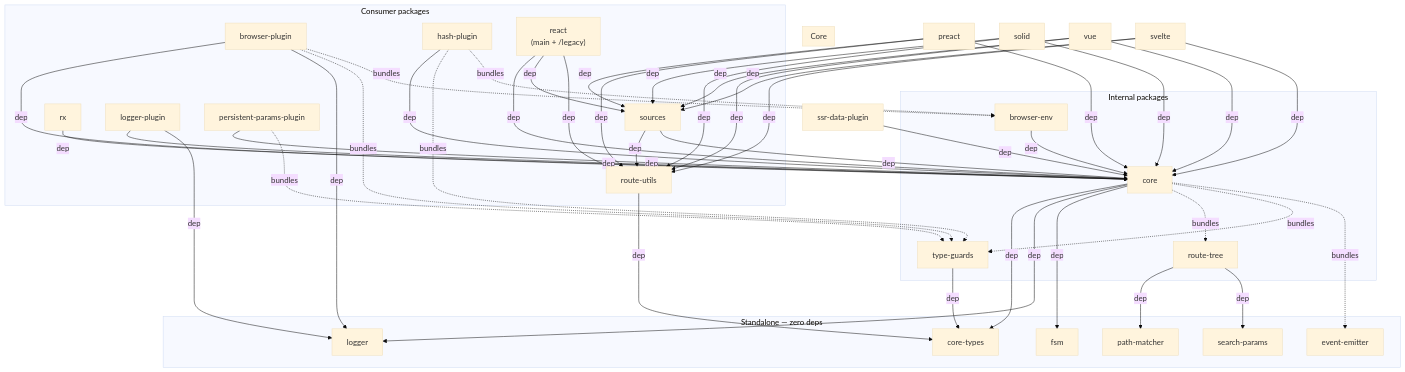
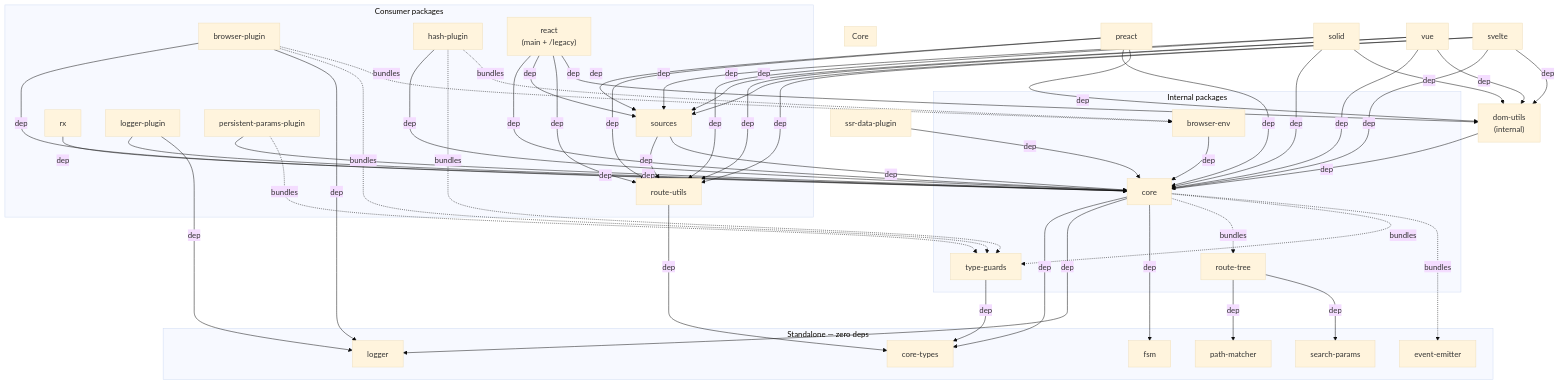
One commit to greydragon888/real-router changed the first of 3 diagrams in ARCHITECTURE.md. Above: the diagram before and after it, drawn with Mermaid (base theme). The commit also changed other lines of this file and 2 other files, not shown here.

Commit message:
docs: update root docs for dom-utils and Preact integration
ARCHITECTURE.md: dom-utils in package map, internal list, mermaid diagram. README.md: Preact Integration link. IMPLEMENTATION_NOTES.md: dom-utils decision record.

Ultraworked with [Sisyphus](https://github.com/code-yeongyu/oh-my-opencode)

```diff
--- a/ARCHITECTURE.md
+++ b/ARCHITECTURE.md
@@ -105,30 +106,38 @@
     SOURCES -->|dep| ROUTEUTILS
     SOURCES -->|dep| CORE
 
+    DOMUTILS["dom-utils<br/>(internal)"]
+    DOMUTILS -->|dep| CORE
+
     REACT["react<br/>(main + /legacy)"]
     REACT -->|dep| CORE
     REACT -->|dep| SOURCES
     REACT -->|dep| ROUTEUTILS
+    REACT -->|dep| DOMUTILS
 
     PREACT["preact"]
     PREACT -->|dep| CORE
     PREACT -->|dep| SOURCES
     PREACT -->|dep| ROUTEUTILS
+    PREACT -->|dep| DOMUTILS
 
     SOLID["solid"]
     SOLID -->|dep| CORE
     SOLID -->|dep| SOURCES
     SOLID -->|dep| ROUTEUTILS
+    SOLID -->|dep| DOMUTILS
 
     VUE["vue"]
     VUE -->|dep| CORE
     VUE -->|dep| SOURCES
     VUE -->|dep| ROUTEUTILS
+    VUE -->|dep| DOMUTILS
 
     SVELTE["svelte"]
     SVELTE -->|dep| CORE
     SVELTE -->|dep| SOURCES
     SVELTE -->|dep| ROUTEUTILS
+    SVELTE -->|dep| DOMUTILS
 
     RX -->|dep| CORE
 
```
